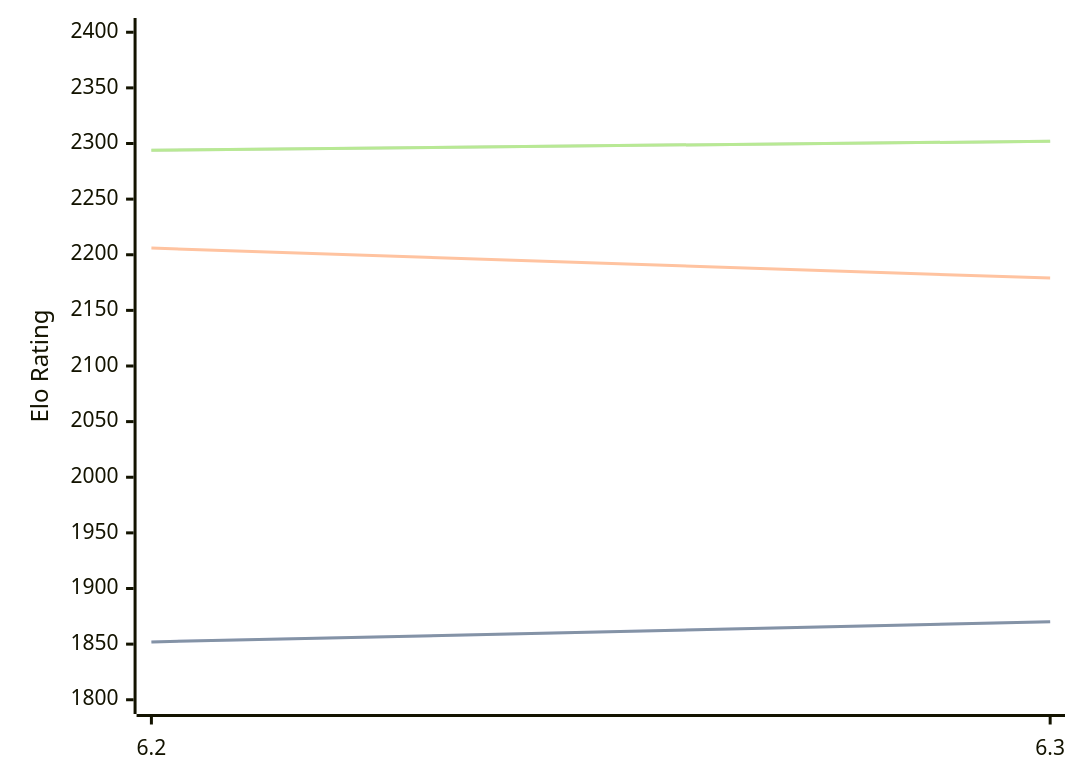
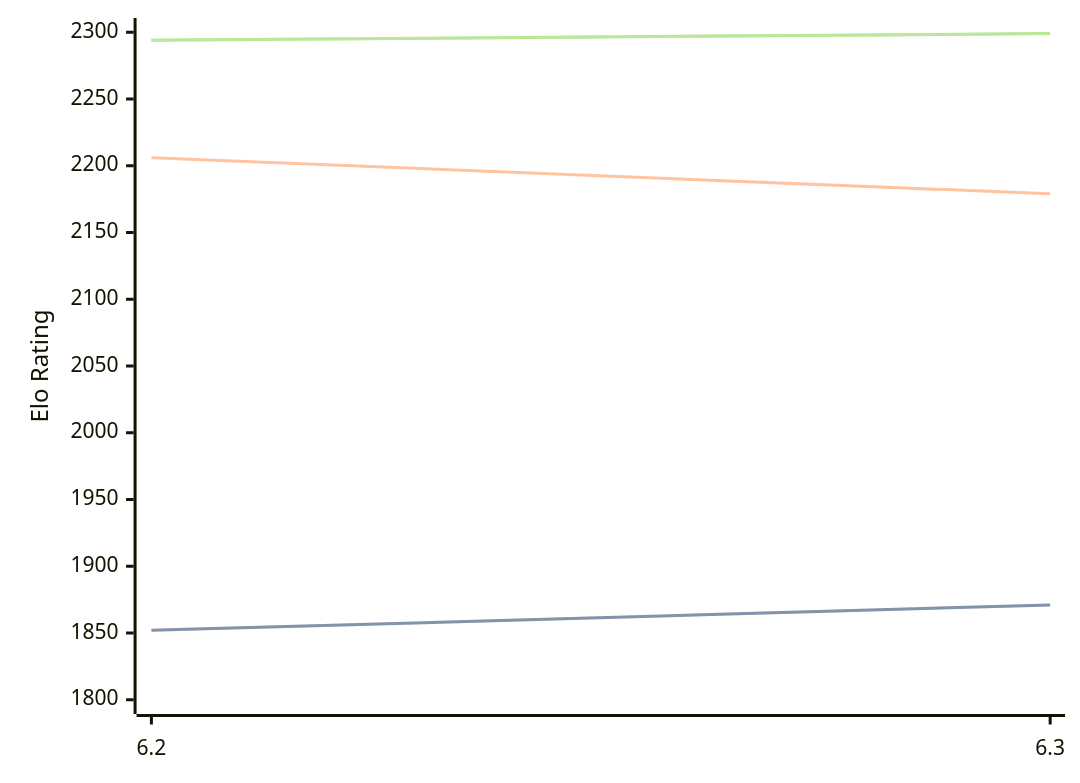
Before and after one commit to computer-chess-index/cci: the diagram in engines/chess4j.md, drawn with Mermaid. The commit also changed other lines of this file, not shown here.

Commit message:
Update CCI Ratings (ELO VLTC) - 2026-08-24

````diff
--- a/engines/chess4j.md
+++ b/engines/chess4j.md
@@ -32,11 +32,11 @@
 ```mermaid
 %%{init: {"theme":"base","themeVariables":{"seriesColors:['#a3a3a3','#222221','#faa371']}}}%%
 xychart-beta
   x-axis ["6.2", "6.3"]
-  y-axis "Elo Rating" 1800 --> 2400
-  line "STC (8.0+0.08s)" [1852, 1870]
-  line "STC (8.0+0.08s)" [1852, 1870]
+  y-axis "Elo Rating" 1800 --> 2300
+  line "STC (8.0+0.08s)" [1852, 1871]
+  line "STC (8.0+0.08s)" [1852, 1871]
   line "LTC (60.0+0.60s)" [2206, 2179]
-  line "VLTC (2m24s+1.12s)" [2294, 2302]
-  line "VLTC (2m24s+1.12s)" [2294, 2302]
+  line "VLTC (2m24s+1.12s)" [2294, 2299]
+  line "VLTC (2m24s+1.12s)" [2294, 2299]
 ```
````
